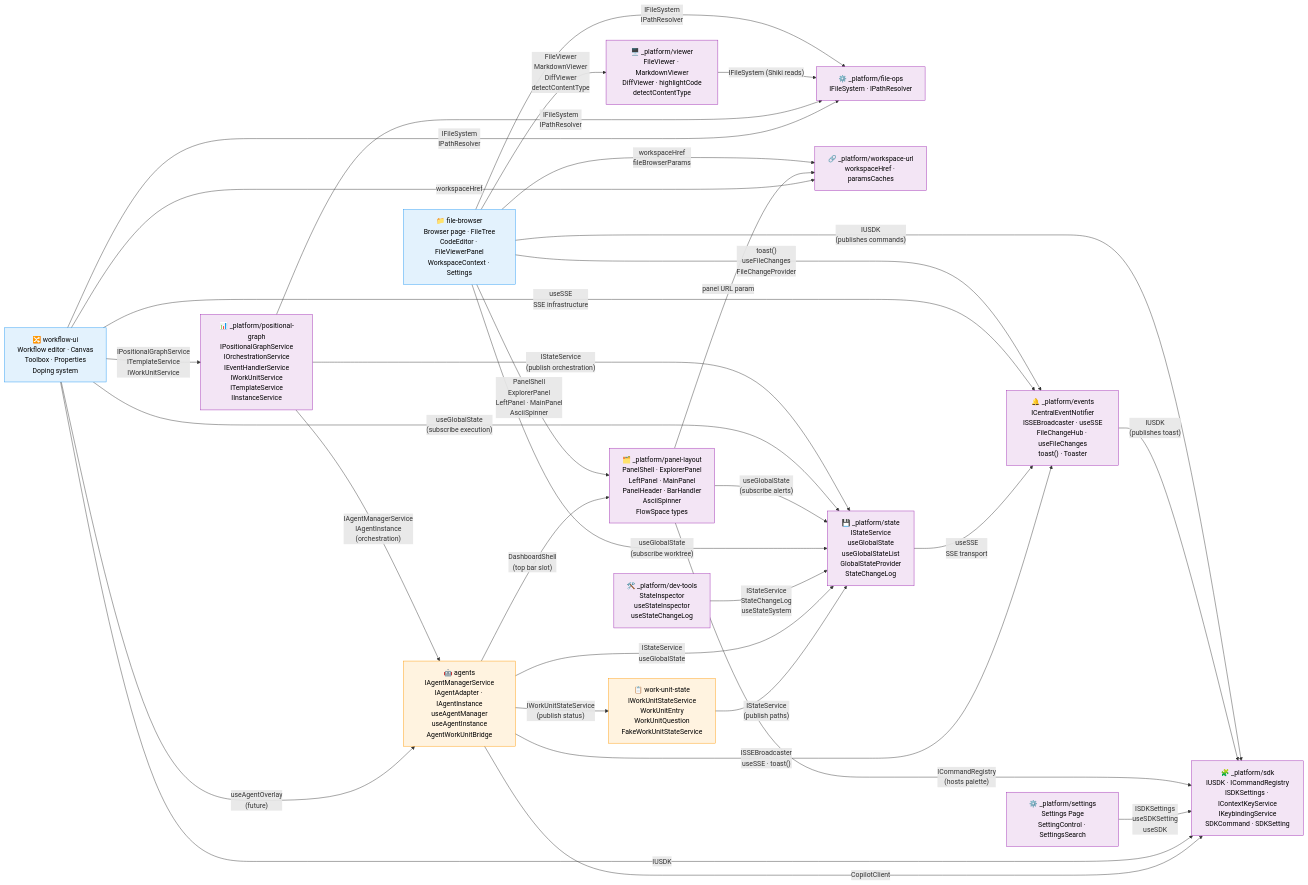
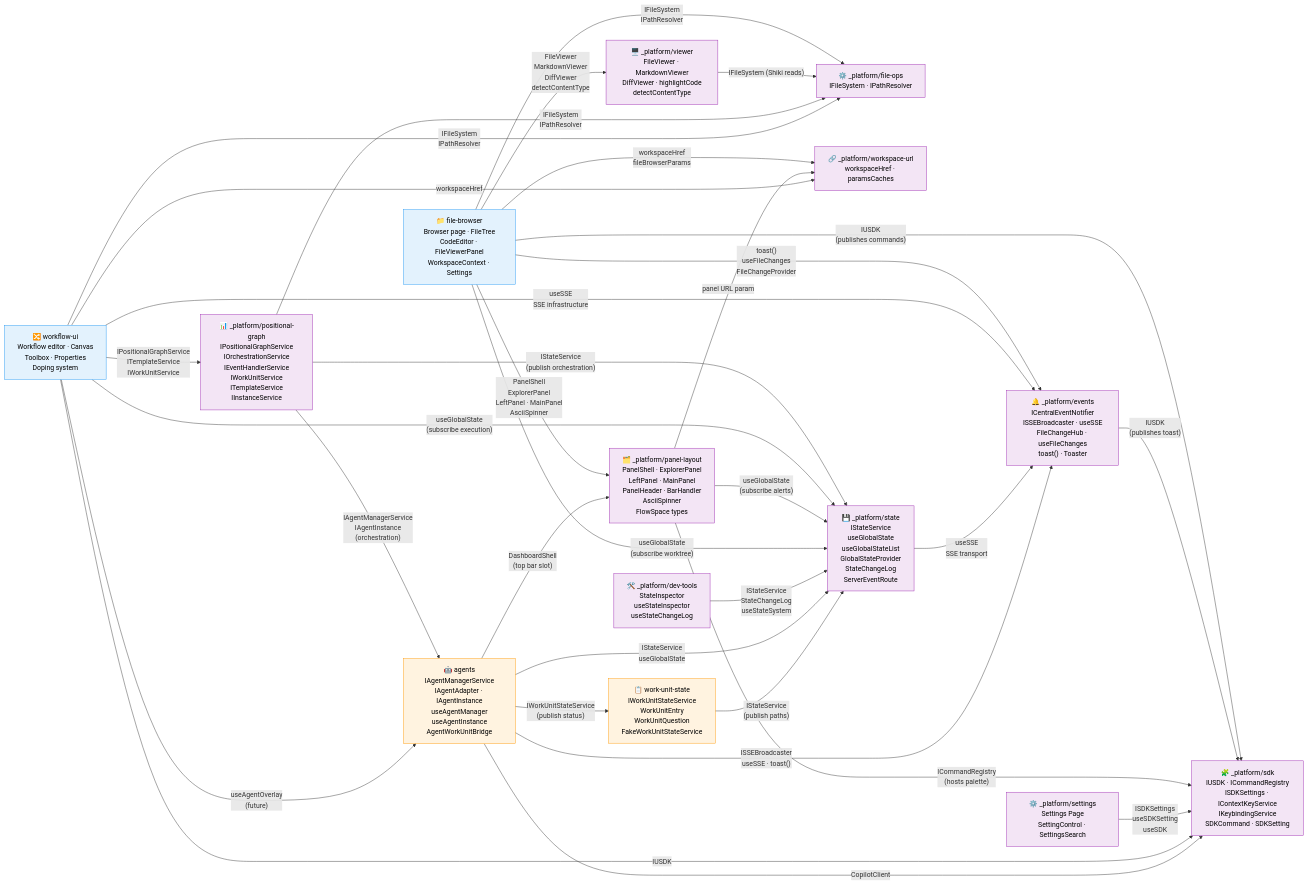
The diagram in docs/domains/domain-map.md (AI-Substrate/chainglass), drawn with Mermaid before and after one commit. The commit also changed other lines of this file and 12 other files, not shown here.

First line of the commit message:
Fix review findings for ServerEventRouter subtask (F001-F016)

````diff
--- a/docs/domains/domain-map.md
+++ b/docs/domains/domain-map.md
@@ -6,76 +6,76 @@
 ```mermaid
 flowchart LR
     classDef business fill:#E3F2FD,stroke:#2196F3,color:#000
     classDef infra fill:#F3E5F5,stroke:#9C27B0,color:#000
     classDef deprecated fill:#FFEBEE,stroke:#F44336,color:#000
     classDef new fill:#FFF3E0,stroke:#FF9800,color:#000
 
     %% Infrastructure domains
     fileOps["⚙️ _platform/file-ops<br/>IFileSystem · IPathResolver"]:::infra
     wsUrl["🔗 _platform/workspace-url<br/>workspaceHref · paramsCaches"]:::infra
     viewer["🖥️ _platform/viewer<br/>FileViewer · MarkdownViewer<br/>DiffViewer · highlightCode<br/>detectContentType"]:::infra
     events["🔔 _platform/events<br/>ICentralEventNotifier<br/>ISSEBroadcaster · useSSE<br/>FileChangeHub · useFileChanges<br/>toast() · Toaster"]:::infra
     panels["🗂️ _platform/panel-layout<br/>PanelShell · ExplorerPanel<br/>LeftPanel · MainPanel<br/>PanelHeader · BarHandler<br/>AsciiSpinner<br/>FlowSpace types"]:::infra
     sdk["🧩 _platform/sdk<br/>IUSDK · ICommandRegistry<br/>ISDKSettings · IContextKeyService<br/>IKeybindingService<br/>SDKCommand · SDKSetting"]:::infra
     settings["⚙️ _platform/settings<br/>Settings Page<br/>SettingControl · SettingsSearch"]:::infra
     posGraph["📊 _platform/positional-graph<br/>IPositionalGraphService<br/>IOrchestrationService<br/>IEventHandlerService<br/>IWorkUnitService<br/>ITemplateService<br/>IInstanceService"]:::infra
-    state["💾 _platform/state<br/>IStateService<br/>useGlobalState<br/>useGlobalStateList<br/>GlobalStateProvider<br/>StateChangeLog"]:::infra
+    state["💾 _platform/state<br/>IStateService<br/>useGlobalState<br/>useGlobalStateList<br/>GlobalStateProvider<br/>StateChangeLog<br/>ServerEventRoute"]:::infra
     devTools["🛠️ _platform/dev-tools<br/>StateInspector<br/>useStateInspector<br/>useStateChangeLog"]:::infra
 
     %% Business domains
     fileBrowser["📁 file-browser<br/>Browser page · FileTree<br/>CodeEditor · FileViewerPanel<br/>WorkspaceContext · Settings"]:::business
     workflowUI["🔀 workflow-ui<br/>Workflow editor · Canvas<br/>Toolbox · Properties<br/>Doping system"]:::business
 
     %% NEW business domains (Plan 059)
     agents["🤖 agents<br/>IAgentManagerService<br/>IAgentAdapter · IAgentInstance<br/>useAgentManager<br/>useAgentInstance<br/>AgentWorkUnitBridge"]:::new
     workUnitState["📋 work-unit-state<br/>IWorkUnitStateService<br/>WorkUnitEntry<br/>WorkUnitQuestion<br/>FakeWorkUnitStateService"]:::new
 
     %% Contract dependencies (consumer → provider)
     fileBrowser -->|"IFileSystem<br/>IPathResolver"| fileOps
     fileBrowser -->|"workspaceHref<br/>fileBrowserParams"| wsUrl
     fileBrowser -->|"FileViewer<br/>MarkdownViewer<br/>DiffViewer<br/>detectContentType"| viewer
     fileBrowser -->|"toast()<br/>useFileChanges<br/>FileChangeProvider"| events
     fileBrowser -->|"PanelShell<br/>ExplorerPanel<br/>LeftPanel · MainPanel<br/>AsciiSpinner"| panels
     panels -->|"panel URL param"| wsUrl
     viewer -->|"IFileSystem (Shiki reads)"| fileOps
 
     %% SDK consumed by publishing domains
     fileBrowser -->|"IUSDK<br/>(publishes commands)"| sdk
     events -->|"IUSDK<br/>(publishes toast)"| sdk
     panels -->|"ICommandRegistry<br/>(hosts palette)"| sdk
     settings -->|"ISDKSettings<br/>useSDKSetting<br/>useSDK"| sdk
 
     %% Positional graph dependencies
     posGraph -->|"IFileSystem<br/>IPathResolver"| fileOps
 
     %% Workflow UI dependencies
     workflowUI -->|"IPositionalGraphService<br/>ITemplateService<br/>IWorkUnitService"| posGraph
     workflowUI -->|"IFileSystem<br/>IPathResolver"| fileOps
     workflowUI -->|"useSSE<br/>SSE infrastructure"| events
     workflowUI -->|"workspaceHref"| wsUrl
     workflowUI -->|"IUSDK"| sdk
 
     %% State system dependencies
     state -->|"useSSE<br/>SSE transport"| events
     posGraph -->|"IStateService<br/>(publish orchestration)"| state
     workflowUI -->|"useGlobalState<br/>(subscribe execution)"| state
     panels -->|"useGlobalState<br/>(subscribe alerts)"| state
     fileBrowser -->|"useGlobalState<br/>(subscribe worktree)"| state
 
     %% Dev tools dependencies
     devTools -->|"IStateService<br/>StateChangeLog<br/>useStateSystem"| state
 
     %% NEW: Agents domain dependencies
     agents -->|"ISSEBroadcaster<br/>useSSE · toast()"| events
     agents -->|"CopilotClient"| sdk
     agents -->|"IStateService<br/>useGlobalState"| state
     agents -->|"IWorkUnitStateService<br/>(publish status)"| workUnitState
     agents -->|"DashboardShell<br/>(top bar slot)"| panels
     posGraph -->|"IAgentManagerService<br/>IAgentInstance<br/>(orchestration)"| agents
 
     %% NEW: Work Unit State dependencies
     workUnitState -->|"IStateService<br/>(publish paths)"| state
 
     %% NEW: Workflow UI → agents (future overlay)
     workflowUI -->|"useAgentOverlay<br/>(future)"| agents
 ```
````
